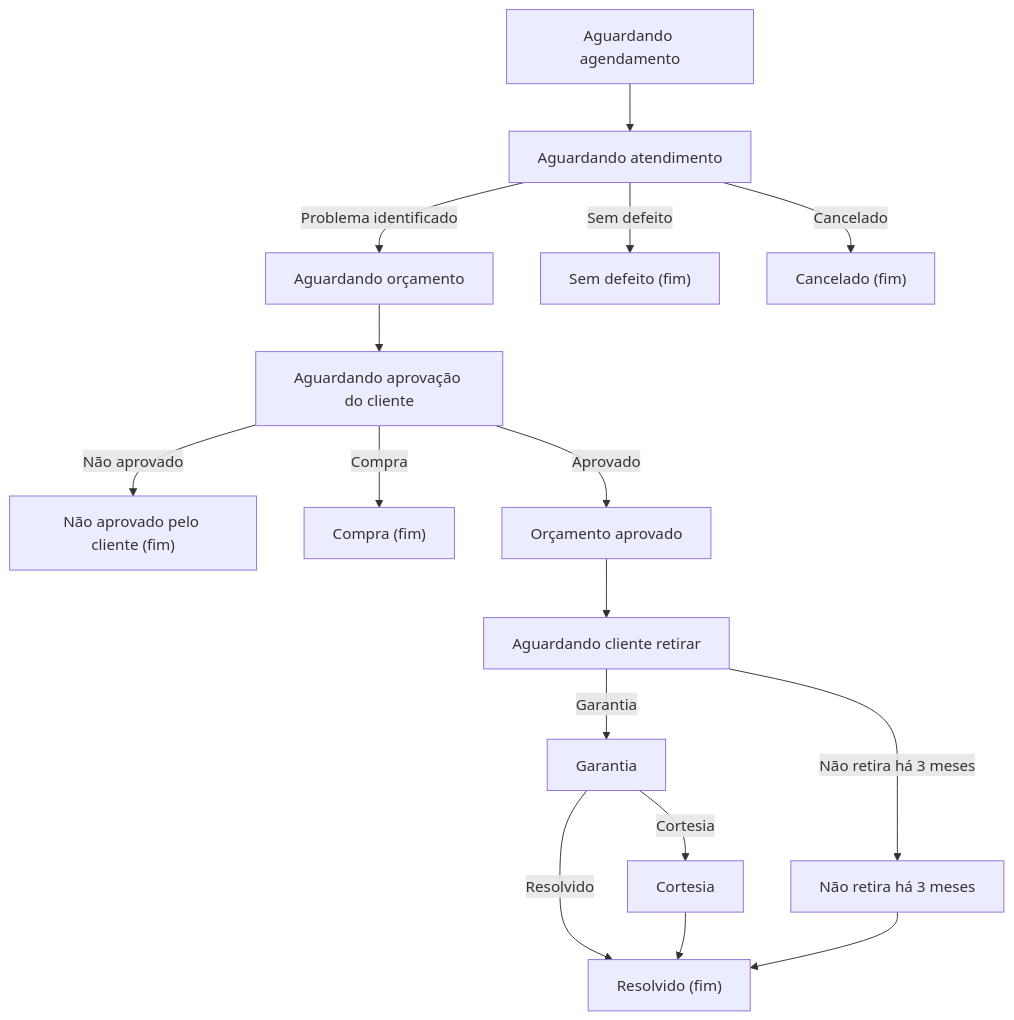
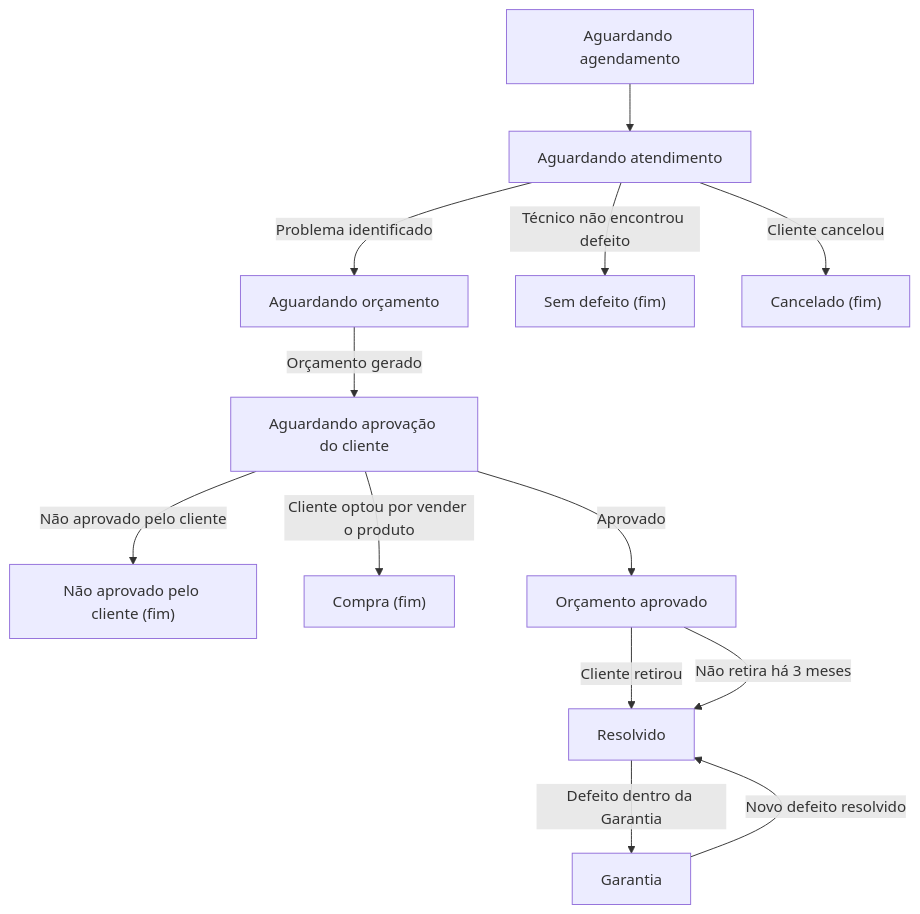
One commit to LucasBonato/ServOeste changed the diagram in README.md. Above: the diagram before and after it, drawn with Mermaid.

Commit message:
docs/servico(diagram): Situation of service

````diff
--- a/README.md
+++ b/README.md
@@ -52,21 +52,17 @@
 ```mermaid
 flowchart TD
     1[Aguardando agendamento] --> 2[Aguardando atendimento]
     2 -->|Problema identificado| 3[Aguardando orçamento]
-    2 -->|Sem defeito| 3.1["Sem defeito (fim)"]
-    2 -->|Cancelado| 3.2["Cancelado (fim)"]
+    2 -->|Técnico não encontrou defeito| 3.1["Sem defeito (fim)"]
+    2 -->|Cliente cancelou| 3.2["Cancelado (fim)"]
     
-    3 --> 4[Aguardando aprovação do cliente]
-    4 -->|Não aprovado| 5.1["Não aprovado pelo cliente (fim)"]
-    4 -->|Compra| 5.2["Compra (fim)"]
+    3 -->|Orçamento gerado| 4[Aguardando aprovação do cliente]
+    4 -->|Não aprovado pelo cliente| 5.1["Não aprovado pelo cliente (fim)"]
+    4 -->|Cliente optou por vender o produto| 5.2["Compra (fim)"]
     4 -->|Aprovado| 5.3[Orçamento aprovado]
     
-    5.3 --> 6[Aguardando cliente retirar]
-    6 -->|Não retira há 3 meses| 7.1[Não retira há 3 meses]
-    6 -->|Garantia| 7.2[Garantia]
-    
-    7.2 -->|Cortesia| 8[Cortesia]
-    7.2 -->|Resolvido| 9["Resolvido (fim)"]
-    8 --> 9["Resolvido (fim)"]
-    7.1 --> 9["Resolvido (fim)"]
+    5.3 -->|Cliente retirou| 6[Resolvido]
+    5.3 -->|Não retira há 3 meses| 6[Resolvido]
+    6 -->|Defeito dentro da Garantia| 7.2[Garantia]
+    7.2 -->|Novo defeito resolvido| 6[Resolvido]
 ```
````
